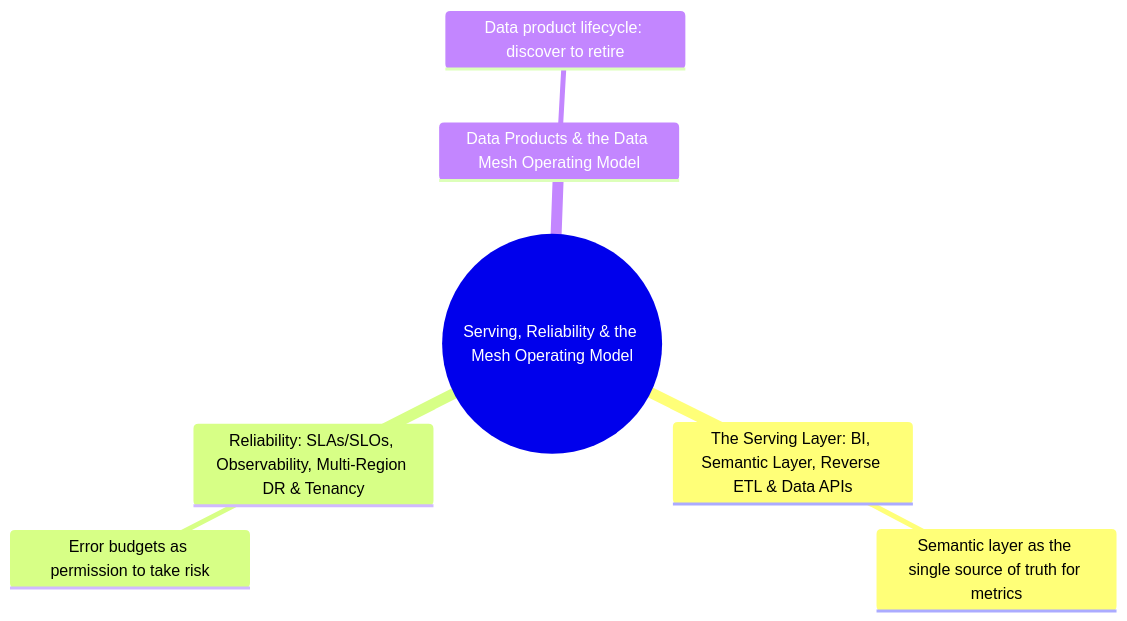
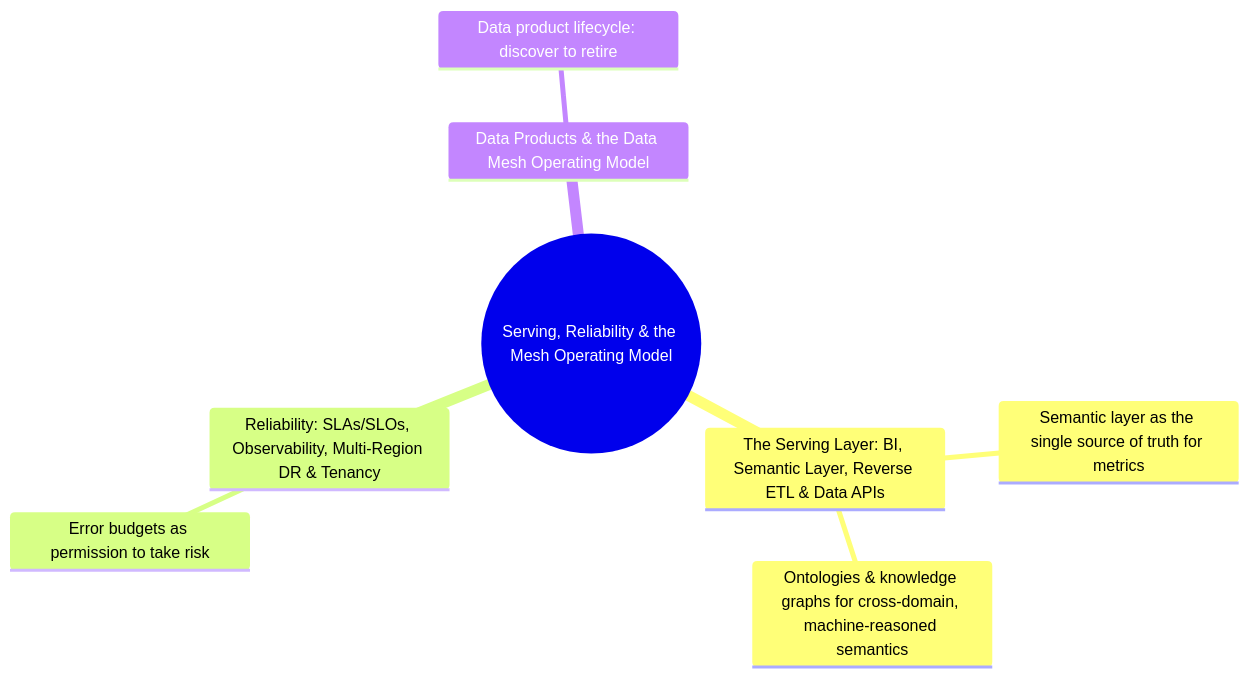
One commit to DataTechBridge-Projects/data-architecture-field-guide changed the diagram in 11-serving-reliability-and-mesh-operating-model/index.md. Above: the diagram before and after it, drawn with Mermaid. The commit also changed 3 other files, not shown here.

First line of the commit message:
Add vendor tooling sections for MDM/governance and an ontologies/knowledge graph section

````diff
--- a/11-serving-reliability-and-mesh-operating-model/index.md
+++ b/11-serving-reliability-and-mesh-operating-model/index.md
@@ -13,10 +13,11 @@
 ```mermaid
 mindmap
   root((Serving, Reliability & the Mesh Operating Model))
     The Serving Layer: BI, Semantic Layer, Reverse ETL & Data APIs
       Semantic layer as the single source of truth for metrics
+      Ontologies & knowledge graphs for cross-domain, machine-reasoned semantics
     Reliability: SLAs/SLOs, Observability, Multi-Region DR & Tenancy
       Error budgets as permission to take risk
     Data Products & the Data Mesh Operating Model
       Data product lifecycle: discover to retire
 ```
````
